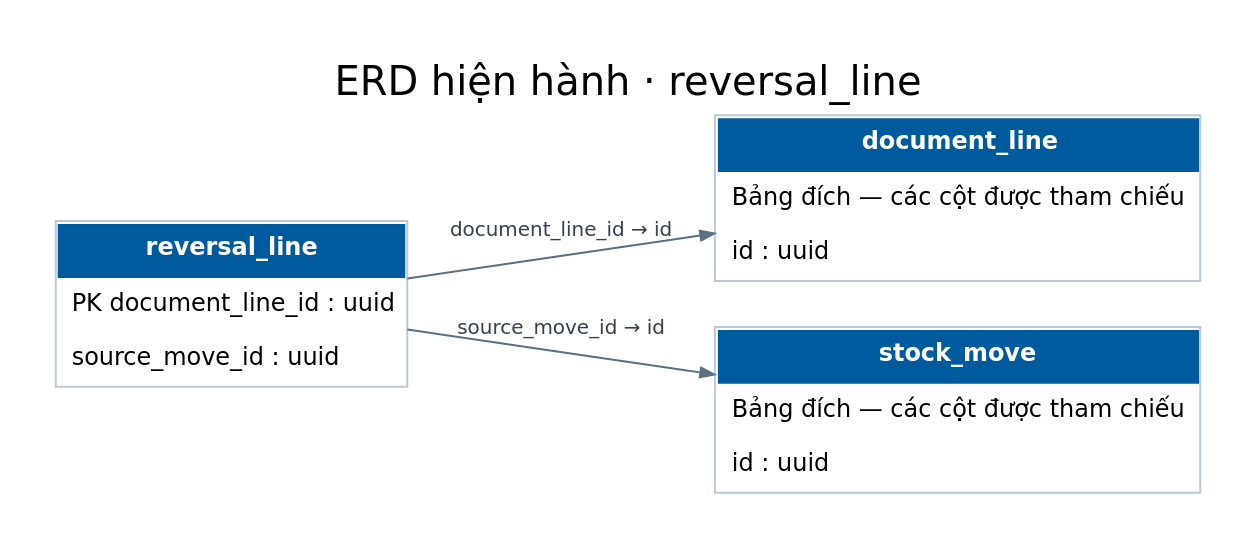
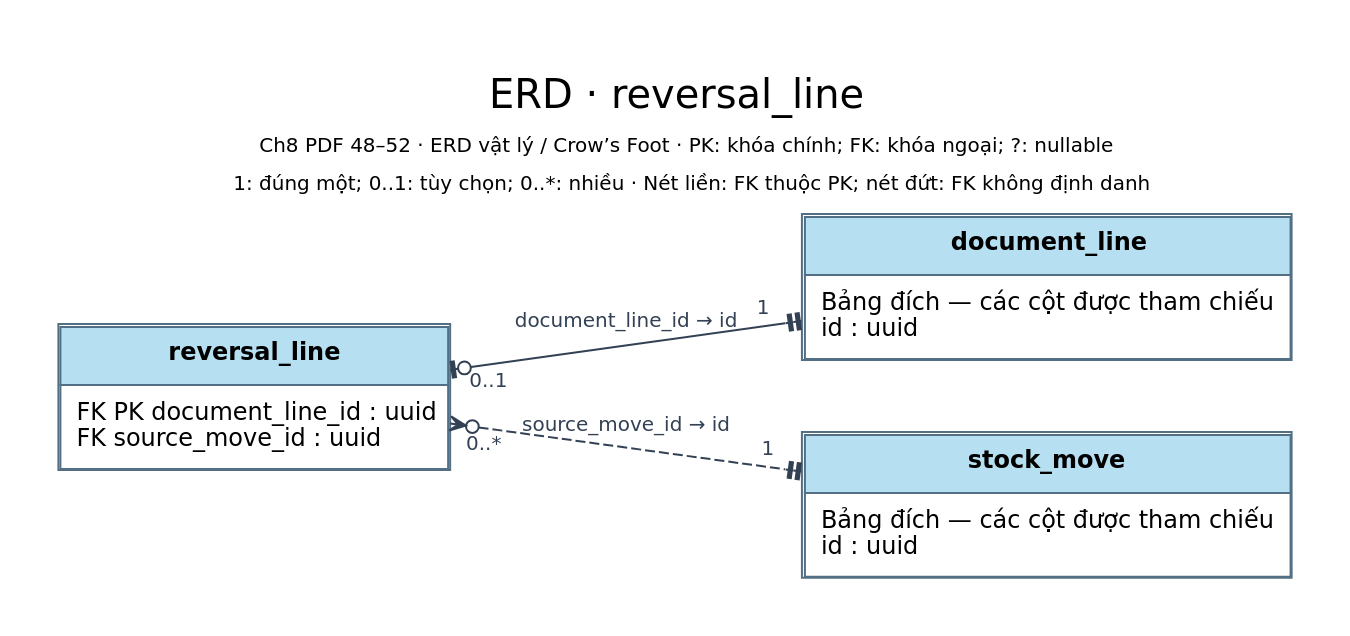
The diagram in 03_So_do/Hien_hanh/dot/ERD_reversal_line.dot (TEAM-DEV-FIVE/WMS_BA_2_0), drawn with Graphviz before and after one commit. The commit also changed 295 other files, not shown here.

Commit message:
docs: align current diagrams with BA notation and streamline READMEs

```diff
--- a/03_So_do/Hien_hanh/dot/ERD_reversal_line.dot
+++ b/03_So_do/Hien_hanh/dot/ERD_reversal_line.dot
@@ -1,11 +1,11 @@
 digraph WMS {
-graph [rankdir=LR, bgcolor="white", nodesep=.32, ranksep=.6, pad=.28];
+graph [rankdir=LR, bgcolor="white", nodesep=.5, ranksep=.9, pad=.3];
 node [shape=plain, fontname="DejaVu Sans", fontsize=12];
-edge [fontname="DejaVu Sans", fontsize=10, color="#567086", fontcolor="#334155", arrowsize=.7];
-label="ERD hiện hành · reversal_line"; labelloc=t; fontname="DejaVu Sans"; fontsize=20;
-"reversal_line" [label=<<TABLE BORDER="1" CELLBORDER="0" CELLSPACING="0" CELLPADDING="7" COLOR="#b7c9da"><TR><TD BGCOLOR="#005b9e"><FONT COLOR="white"><B>reversal_line</B></FONT></TD></TR><TR><TD ALIGN="LEFT">PK document_line_id : uuid</TD></TR><TR><TD ALIGN="LEFT">source_move_id : uuid</TD></TR></TABLE>>];
-"document_line" [label=<<TABLE BORDER="1" CELLBORDER="0" CELLSPACING="0" CELLPADDING="7" COLOR="#b7c9da"><TR><TD BGCOLOR="#005b9e"><FONT COLOR="white"><B>document_line</B></FONT></TD></TR><TR><TD ALIGN="LEFT">Bảng đích — các cột được tham chiếu</TD></TR><TR><TD ALIGN="LEFT">id : uuid</TD></TR></TABLE>>];
-"stock_move" [label=<<TABLE BORDER="1" CELLBORDER="0" CELLSPACING="0" CELLPADDING="7" COLOR="#b7c9da"><TR><TD BGCOLOR="#005b9e"><FONT COLOR="white"><B>stock_move</B></FONT></TD></TR><TR><TD ALIGN="LEFT">Bảng đích — các cột được tham chiếu</TD></TR><TR><TD ALIGN="LEFT">id : uuid</TD></TR></TABLE>>];
-"reversal_line" -> "document_line" [label="document_line_id → id"];
-"reversal_line" -> "stock_move" [label="source_move_id → id"];
+edge [fontname="DejaVu Sans", fontsize=10, color="#334155", fontcolor="#334155", arrowsize=.8];
+label=<<TABLE BORDER="0" CELLBORDER="0" CELLPADDING="3"><TR><TD><FONT POINT-SIZE="20">ERD · reversal_line</FONT></TD></TR><TR><TD><FONT POINT-SIZE="10">Ch8 PDF 48–52 · ERD vật lý / Crow’s Foot · PK: khóa chính; FK: khóa ngoại; ?: nullable</FONT></TD></TR><TR><TD><FONT POINT-SIZE="10">1: đúng một; 0..1: tùy chọn; 0..*: nhiều · Nét liền: FK thuộc PK; nét đứt: FK không định danh</FONT></TD></TR></TABLE>>; labelloc=t; fontname="DejaVu Sans"; fontsize=16;
+"reversal_line" [label=<<TABLE BORDER="1" CELLBORDER="1" CELLSPACING="0" CELLPADDING="7" COLOR="#526f83"><TR><TD BGCOLOR="#b7dff2"><B>reversal_line</B></TD></TR><TR><TD ALIGN="LEFT" BALIGN="LEFT">FK PK document_line_id : uuid<BR ALIGN="LEFT"/>FK source_move_id : uuid</TD></TR></TABLE>>];
+"document_line" [label=<<TABLE BORDER="1" CELLBORDER="1" CELLSPACING="0" CELLPADDING="7" COLOR="#526f83"><TR><TD BGCOLOR="#b7dff2"><B>document_line</B></TD></TR><TR><TD ALIGN="LEFT" BALIGN="LEFT">Bảng đích — các cột được tham chiếu<BR ALIGN="LEFT"/>id : uuid</TD></TR></TABLE>>];
+"stock_move" [label=<<TABLE BORDER="1" CELLBORDER="1" CELLSPACING="0" CELLPADDING="7" COLOR="#526f83"><TR><TD BGCOLOR="#b7dff2"><B>stock_move</B></TD></TR><TR><TD ALIGN="LEFT" BALIGN="LEFT">Bảng đích — các cột được tham chiếu<BR ALIGN="LEFT"/>id : uuid</TD></TR></TABLE>>];
+"reversal_line" -> "document_line" [label="document_line_id → id", dir="both", arrowtail="teeodot", arrowhead="teetee", taillabel="0..1", headlabel="1", labeldistance="2", style="solid"];
+"reversal_line" -> "stock_move" [label="source_move_id → id", dir="both", arrowtail="crowodot", arrowhead="teetee", taillabel="0..*", headlabel="1", labeldistance="2", style="dashed"];
 }
```
